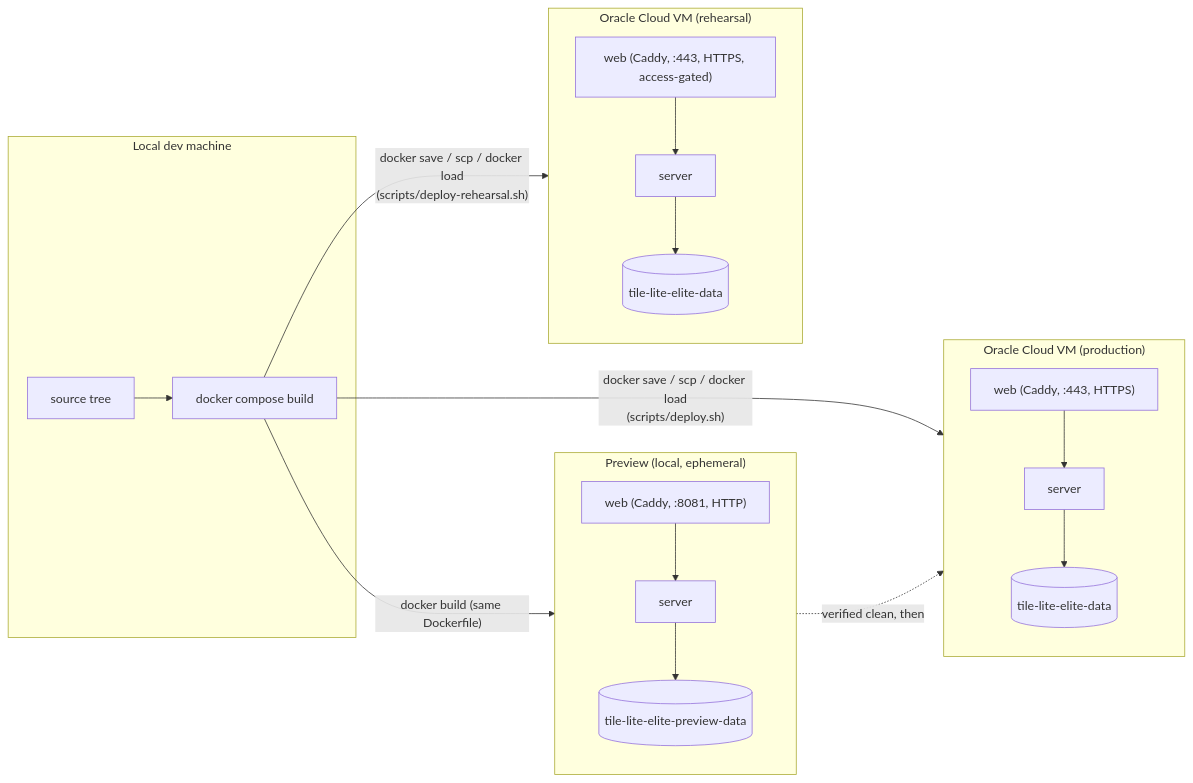
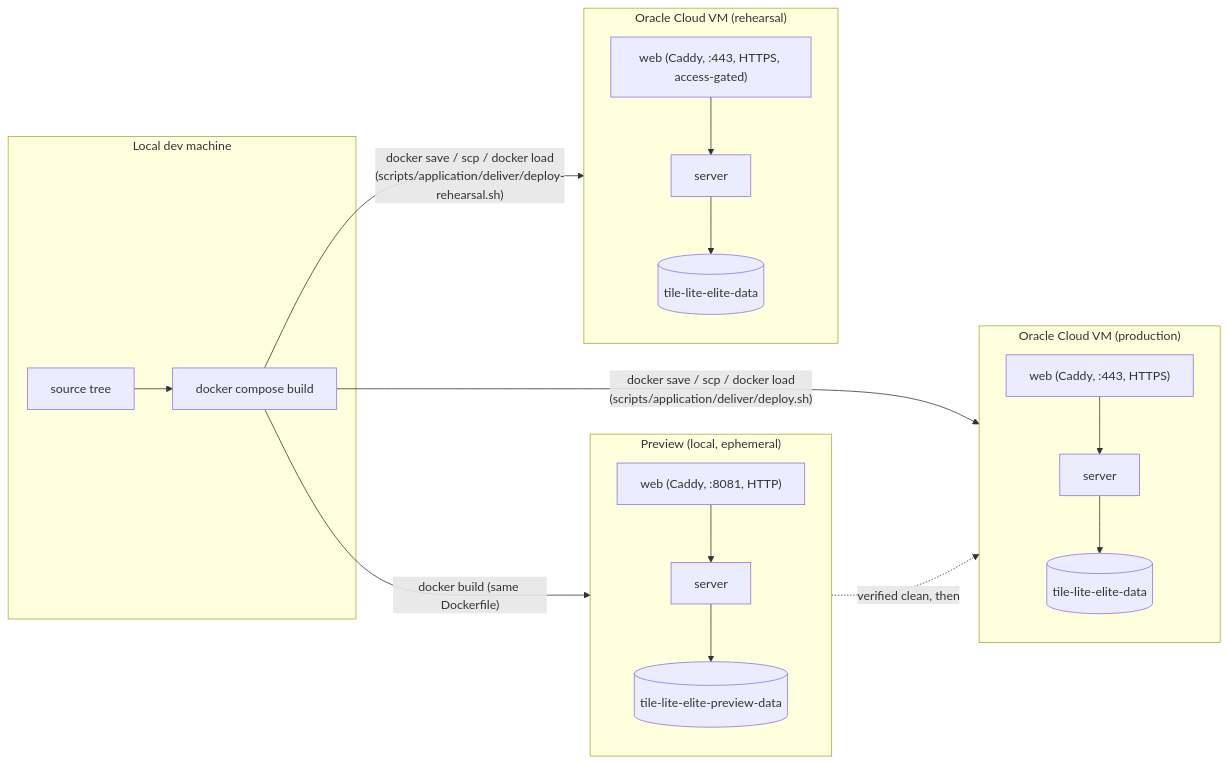
One commit to delphside/tile-lite-elite changed the diagram in docs/1.1-architecture.md. Above: the diagram before and after it, drawn with Mermaid. The commit also changed 142 other files, not shown here.

Commit message:
app 0.9.1 api 2.15: the application's scripts move into scripts/application/ (develop, deliver, operate, measure) and every caller, test and path follows (Refs #447)

````diff
--- a/docs/1.1-architecture.md
+++ b/docs/1.1-architecture.md
@@ -19,26 +19,26 @@
 ```mermaid
 flowchart LR
     subgraph DevMachine["Local dev machine"]
         Src[source tree] --> Build[docker compose build]
     end
 
     subgraph PreviewEnv["Preview (local, ephemeral)"]
         PreviewWeb["web (Caddy, :8081, HTTP)"] --> PreviewServer["server"]
         PreviewServer --> PreviewDB[("tile-lite-elite-preview-data")]
     end
 
     subgraph RehearsalVM["Oracle Cloud VM (rehearsal)"]
         RehWeb["web (Caddy, :443, HTTPS, access-gated)"] --> RehServer["server"]
         RehServer --> RehDB[("tile-lite-elite-data")]
     end
 
     subgraph ProdVM["Oracle Cloud VM (production)"]
         ProdWeb["web (Caddy, :443, HTTPS)"] --> ProdServer["server"]
         ProdServer --> ProdDB[("tile-lite-elite-data")]
     end
 
     Build -- "docker build (same Dockerfile)" --> PreviewEnv
-    Build -- "docker save / scp / docker load\n(scripts/deploy-rehearsal.sh)" --> RehearsalVM
-    Build -- "docker save / scp / docker load\n(scripts/deploy.sh)" --> ProdVM
+    Build -- "docker save / scp / docker load\n(scripts/application/deliver/deploy-rehearsal.sh)" --> RehearsalVM
+    Build -- "docker save / scp / docker load\n(scripts/application/deliver/deploy.sh)" --> ProdVM
     PreviewEnv -. "verified clean, then" .-> ProdVM
 ```
````
